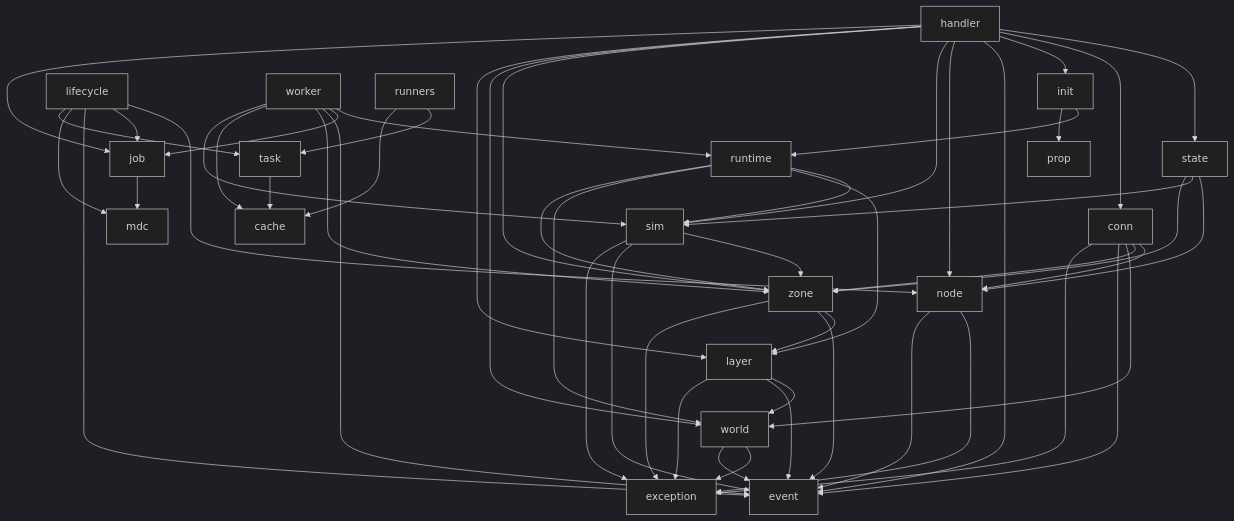
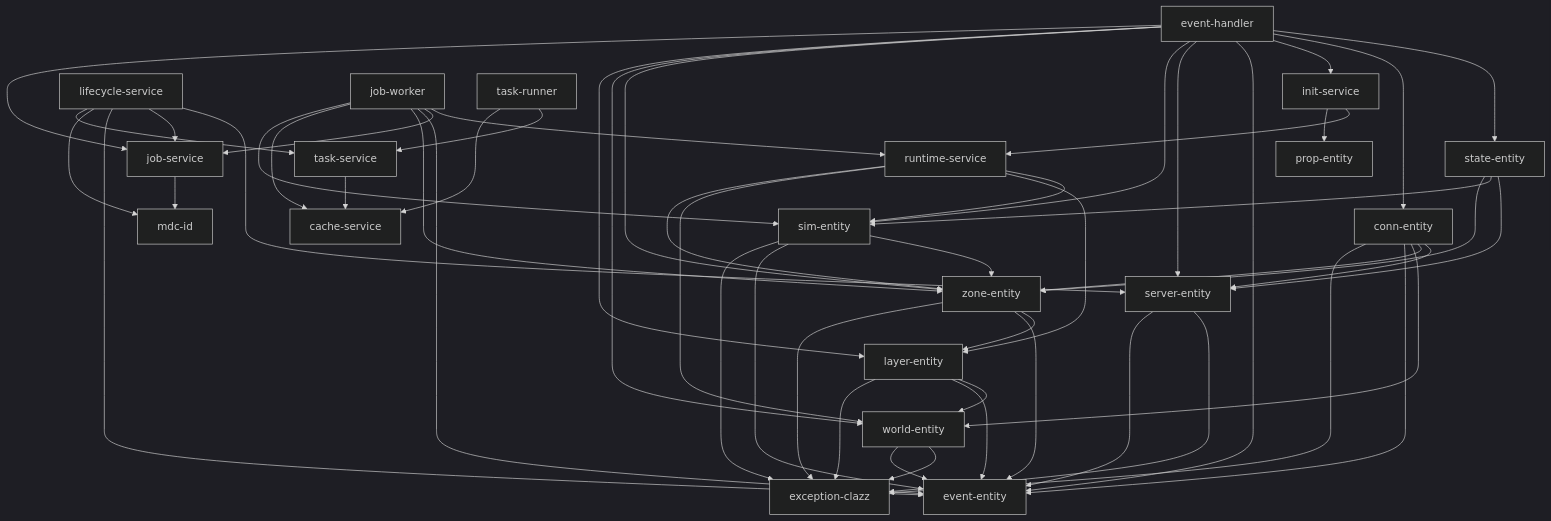
One commit to crionuke/omgcluster changed the diagram in MODULES.md. Above: the diagram before and after it, drawn with Mermaid (dark theme). The commit also changed 42 other files, not shown here.

First line of the commit message:
Rename node-entity module to server-entity (#30) (#30)

````diff
--- a/MODULES.md
+++ b/MODULES.md
@@ -1,69 +1,69 @@
 ```mermaid
 graph TD
-    handler --> state
-    handler --> conn
-    handler --> init
-    handler --> event
-    handler --> node
-    handler --> sim
-    handler --> zone
-    handler --> world
-    handler --> layer
-    handler --> job
+    event-handler --> state-entity
+    event-handler --> conn-entity
+    event-handler --> init-service
+    event-handler --> event-entity
+    event-handler --> server-entity
+    event-handler --> sim-entity
+    event-handler --> zone-entity
+    event-handler --> world-entity
+    event-handler --> layer-entity
+    event-handler --> job-service
 
-    lifecycle --> node
-    lifecycle --> job
-    lifecycle --> event
-    lifecycle --> mdc
-    lifecycle --> task
+    lifecycle-service --> server-entity
+    lifecycle-service --> job-service
+    lifecycle-service --> event-entity
+    lifecycle-service --> mdc-id
+    lifecycle-service --> task-service
 
-    init --> runtime
-    init --> prop
+    init-service --> runtime-service
+    init-service --> prop-entity
 
-    state --> node
-    state --> sim
-    state --> zone
+    state-entity --> server-entity
+    state-entity --> sim-entity
+    state-entity --> zone-entity
 
-    runtime --> sim
-    runtime --> layer
-    runtime --> world
-    runtime --> zone
+    runtime-service --> sim-entity
+    runtime-service --> layer-entity
+    runtime-service --> world-entity
+    runtime-service --> zone-entity
 
-    conn --> node
-    conn --> zone
-    conn --> world
-    conn --> event
-    conn --> exception
+    conn-entity --> server-entity
+    conn-entity --> zone-entity
+    conn-entity --> world-entity
+    conn-entity --> event-entity
+    conn-entity --> exception-clazz
 
-    sim --> zone
-    sim --> event
-    sim --> exception
+    sim-entity --> zone-entity
+    sim-entity --> event-entity
+    sim-entity --> exception-clazz
 
-    zone --> layer
-    zone --> event
-    zone --> exception
+    zone-entity --> layer-entity
+    zone-entity --> event-entity
+    zone-entity --> exception-clazz
 
-    layer --> world
-    layer --> event
-    layer --> exception
+    layer-entity --> world-entity
+    layer-entity --> event-entity
+    layer-entity --> exception-clazz
 
-    world --> exception
-    world --> event
+    world-entity --> exception-clazz
+    world-entity --> event-entity
 
-    node --> exception
-    node --> event
+    server-entity --> exception-clazz
+    server-entity --> event-entity
 
-    job --> mdc
+    job-service --> mdc-id
 
-    worker --> runtime
-    worker --> job
-    worker --> event
-    worker --> zone
-    worker --> cache
-    worker --> sim
+    job-worker --> runtime-service
+    job-worker --> job-service
+    job-worker --> event-entity
+    job-worker --> zone-entity
+    job-worker --> cache-service
+    job-worker --> sim-entity
 
-    task --> cache
+    task-service --> cache-service
 
-    runners --> task
-    runners --> cache
+    task-runner --> task-service
+    task-runner --> cache-service
 ```
````
